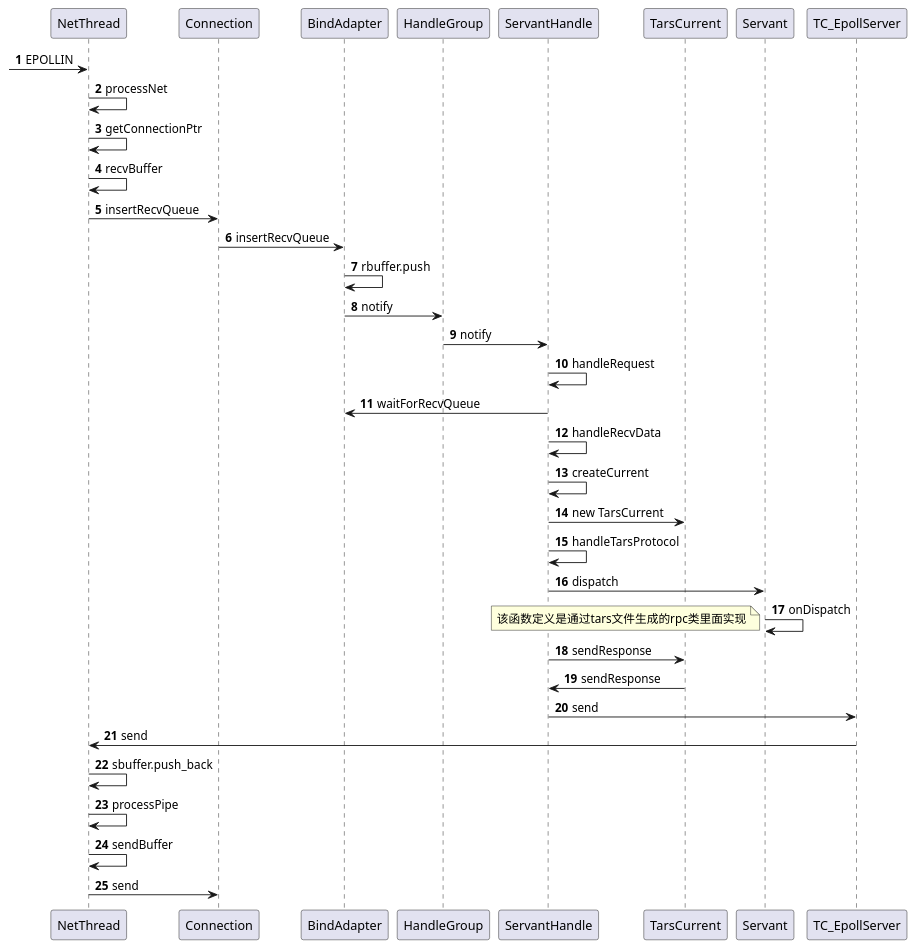
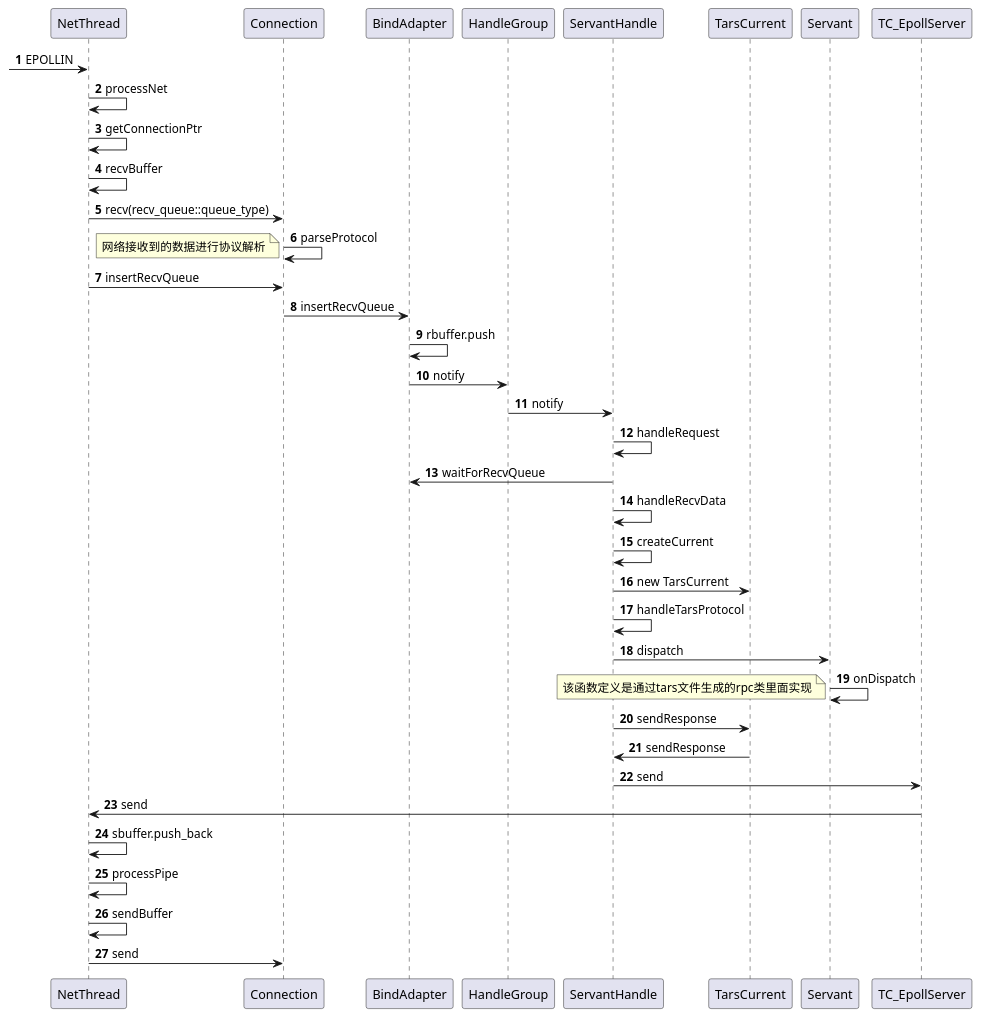
The diagram in uml/net_receive.puml (as-xjc/tars_analysis), drawn with PlantUML before and after one commit. The commit also changed 1 other file, not shown here.

```diff
--- a/uml/net_receive.puml
+++ b/uml/net_receive.puml
@@ -1,35 +1,38 @@
 @startuml
 autonumber
 
 [-> NetThread:EPOLLIN
 
 NetThread -> NetThread:processNet
 NetThread -> NetThread:getConnectionPtr
 NetThread -> NetThread:recvBuffer
+NetThread -> Connection:recv(recv_queue::queue_type)
+Connection -> Connection:parseProtocol
+note left:网络接收到的数据进行协议解析
 NetThread -> Connection:insertRecvQueue
 
 Connection -> BindAdapter:insertRecvQueue
 BindAdapter -> BindAdapter:rbuffer.push
 BindAdapter -> HandleGroup :notify
 HandleGroup -> ServantHandle:notify
 
 ServantHandle -> ServantHandle: handleRequest
 ServantHandle -> BindAdapter: waitForRecvQueue
 ServantHandle -> ServantHandle: handleRecvData
 ServantHandle -> ServantHandle: createCurrent
 ServantHandle -> TarsCurrent: new TarsCurrent
 ServantHandle -> ServantHandle: handleTarsProtocol
 ServantHandle -> Servant: dispatch
 Servant -> Servant: onDispatch
 note left:该函数定义是通过tars文件生成的rpc类里面实现
 
 ServantHandle -> TarsCurrent: sendResponse
 TarsCurrent -> ServantHandle: sendResponse
 ServantHandle -> TC_EpollServer: send
 TC_EpollServer -> NetThread: send
 NetThread -> NetThread: sbuffer.push_back
 NetThread -> NetThread: processPipe
 NetThread -> NetThread: sendBuffer
 NetThread -> Connection: send
 
 @enduml
```
